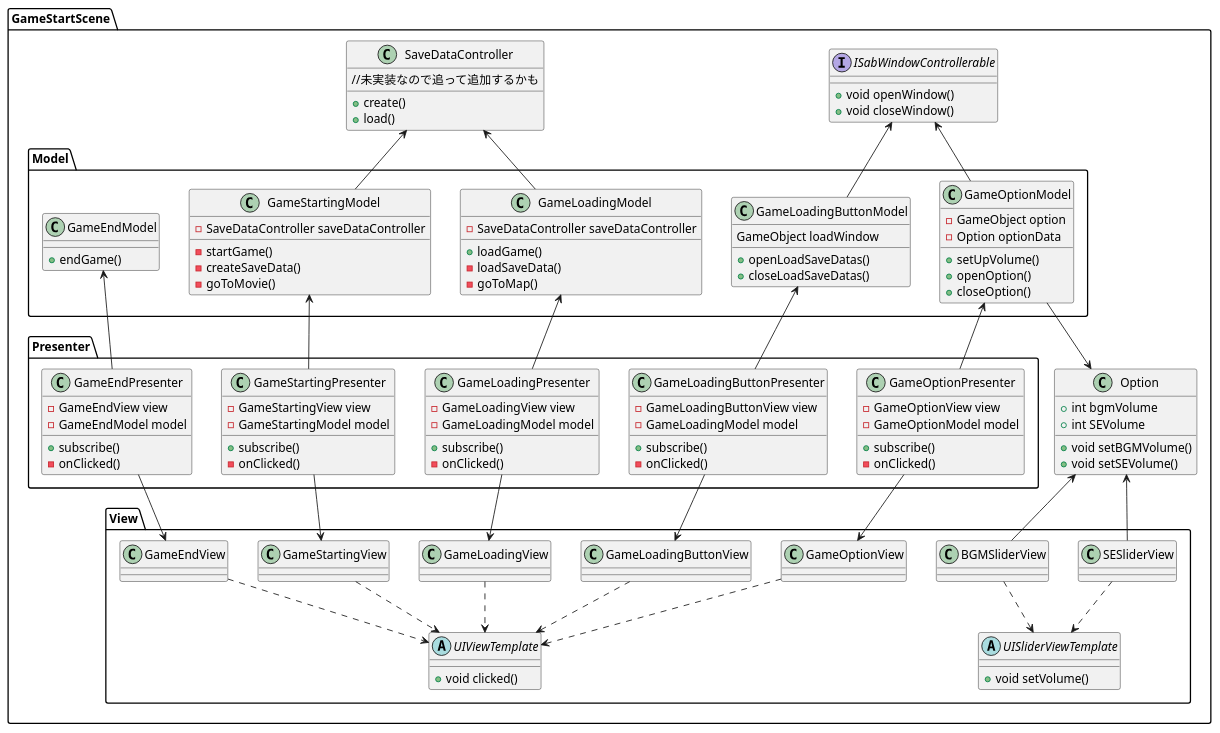
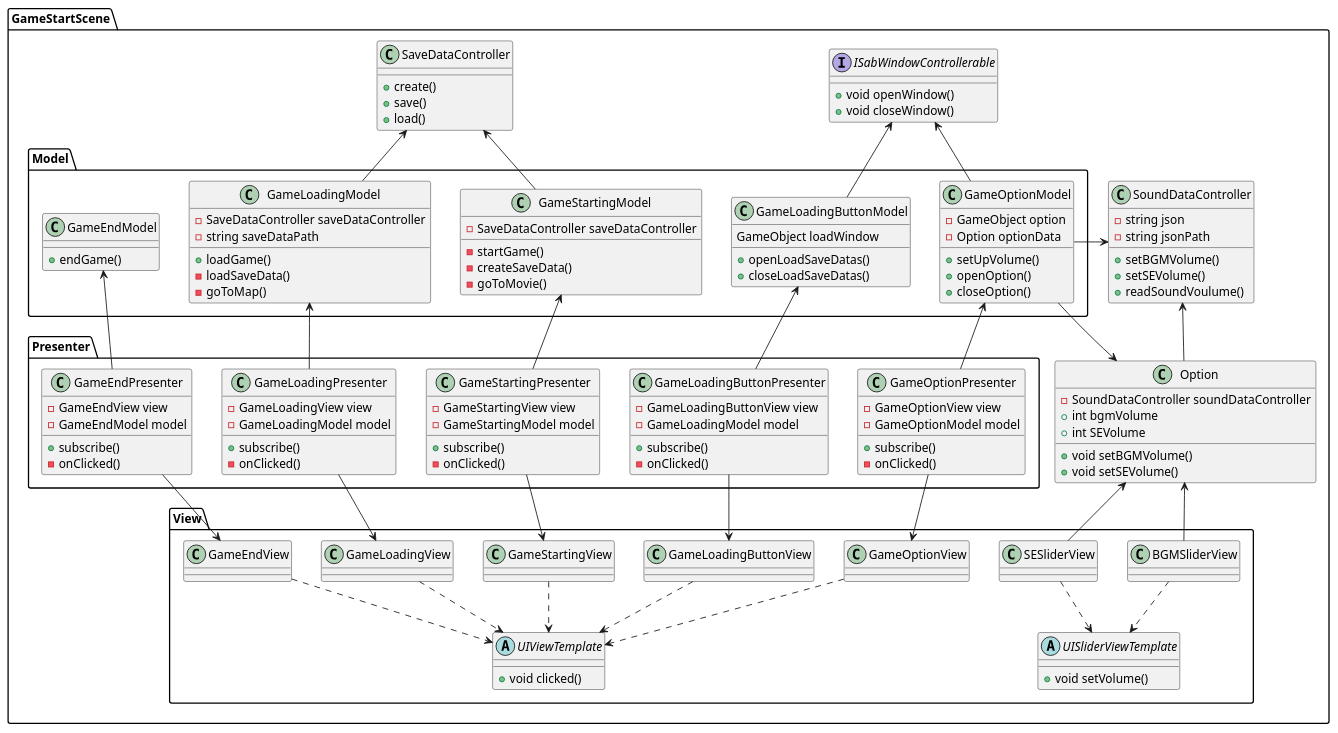
One commit to 44yyp9/Slow-dancer changed the diagram in Assets/ScripArchitecture/StartSceneScriptArchitecture.pu. Above: the diagram before and after it, drawn with PlantUML. The commit also changed 34 other files, not shown here.

```diff
--- a/Assets/ScripArchitecture/StartSceneScriptArchitecture.pu
+++ b/Assets/ScripArchitecture/StartSceneScriptArchitecture.pu
@@ -1,128 +1,139 @@
 @startuml StartSceneScriptArchitecture
 namespace GameStartScene{
     namespace View{
         abstract class UIViewTemplate{
             +void clicked()
         }
         abstract class UISliderViewTemplate{
             +void setVolume()
         }
         class GameStartingView{
         }
         class GameLoadingButtonView{
         }
         class GameOptionView{
         }
         class GameLoadingView{
         }
         class BGMSliderView{
         }
         class SESliderView{
         }
         class GameEndView{
         }
         GameStartingView .down.> UIViewTemplate
         GameLoadingButtonView .down.> UIViewTemplate
         GameLoadingView .down.> UIViewTemplate
         GameOptionView .down.> UIViewTemplate
         GameEndView .down.> UIViewTemplate
         BGMSliderView .down.> UISliderViewTemplate
         SESliderView .down.> UISliderViewTemplate
     }
     namespace Presenter{
         class GameStartingPresenter{
             -GameStartingView view
             -GameStartingModel model
             +subscribe()
             -onClicked()
         }
         class GameLoadingButtonPresenter{
             -GameLoadingButtonView view
             -GameLoadingModel model
             +subscribe()
             -onClicked()
         }
         class GameLoadingPresenter{
             -GameLoadingView view
             -GameLoadingModel model
             +subscribe()
             -onClicked()
         }
         class GameOptionPresenter{
             -GameOptionView view
             -GameOptionModel model
             +subscribe()
             -onClicked()
         }
         class GameEndPresenter{
             -GameEndView view
             -GameEndModel model
             +subscribe()
             -onClicked()
         }
     }
     namespace Model{
         class GameStartingModel{
             -SaveDataController saveDataController
             -startGame()
             -createSaveData()
             -goToMovie()
         }
         class GameLoadingButtonModel{
             GameObject loadWindow
             +openLoadSaveDatas()
             +closeLoadSaveDatas()
         }
         class GameLoadingModel{
             -SaveDataController saveDataController
+            -string saveDataPath
             +loadGame()
             -loadSaveData()
             -goToMap()
         }
         class GameOptionModel{
             -GameObject option
             -Option optionData
             +setUpVolume()
             +openOption()
             +closeOption()
         }
         class GameEndModel{
             +endGame()
         }
     }
     class SaveDataController{
-        //未実装なので追って追加するかも
         +create()
+        +save()
         +load()
     }
+    class SoundDataController{
+        -string json
+        -string jsonPath
+        +setBGMVolume()
+        +setSEVolume()
+        +readSoundVoulume()
+    }
     static class Option{
+        -SoundDataController soundDataController
         +int bgmVolume
         +int SEVolume
         +void setBGMVolume()
         +void setSEVolume()
     }
     interface ISabWindowControllerable{
         +void openWindow()
         +void closeWindow()
     }
     GameStartingModel -up-> SaveDataController
     GameLoadingModel -up-> SaveDataController
     GameStartingPresenter -up-> GameStartingModel
     GameStartingPresenter -down-> GameStartingView
     GameLoadingButtonPresenter -up-> GameLoadingButtonModel
     GameLoadingButtonPresenter -down-> GameLoadingButtonView
     GameLoadingPresenter -up-> GameLoadingModel
     GameLoadingPresenter -down-> GameLoadingView
     GameOptionPresenter -up-> GameOptionModel
     GameOptionPresenter -down-> GameOptionView
     GameEndPresenter -up-> GameEndModel
     GameEndPresenter -down-> GameEndView
     SESliderView -up-> Option
     BGMSliderView -up-> Option
     GameOptionModel -up-> ISabWindowControllerable
     GameLoadingButtonModel -up-> ISabWindowControllerable
     GameOptionModel -down-> Option
+    Option -up-> SoundDataController
+    GameOptionModel -right->SoundDataController
 }
 
 
 @enduml
```
